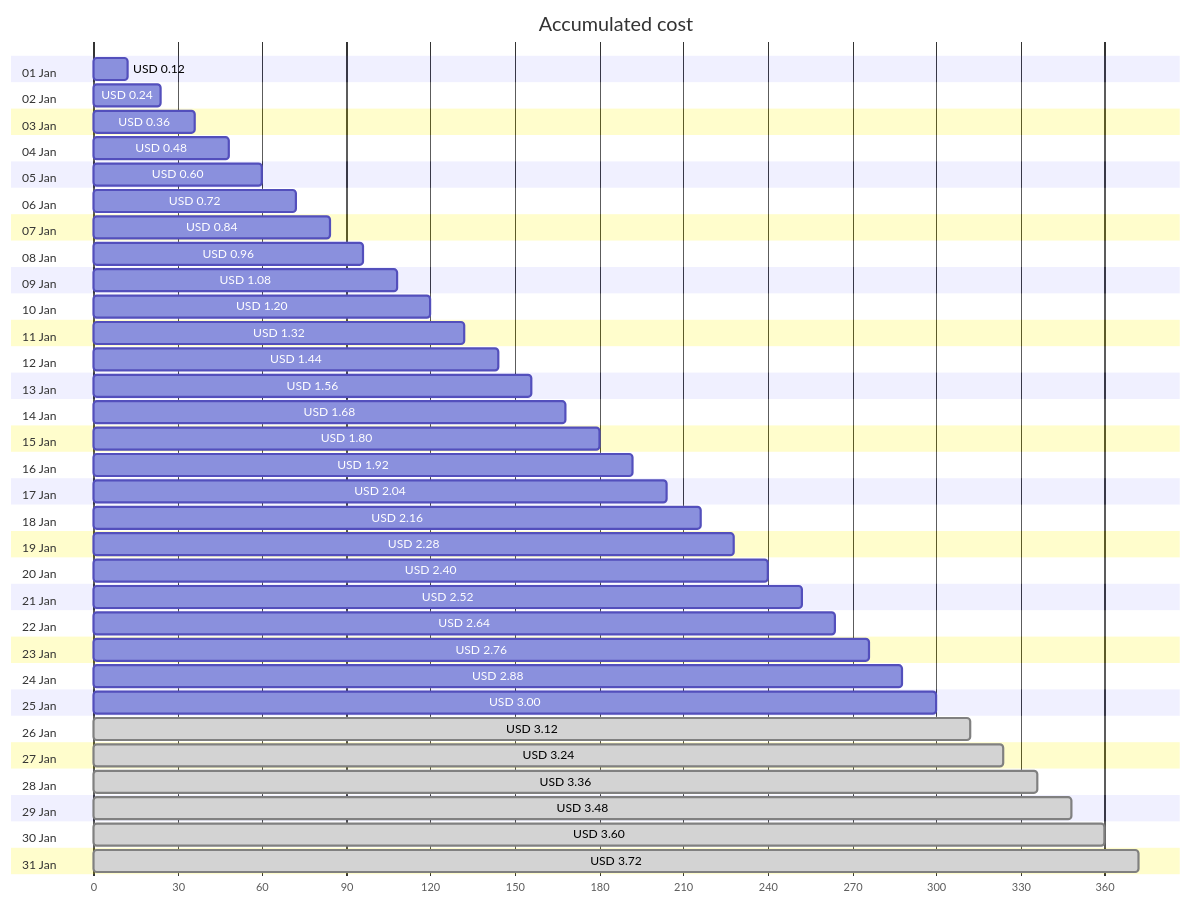
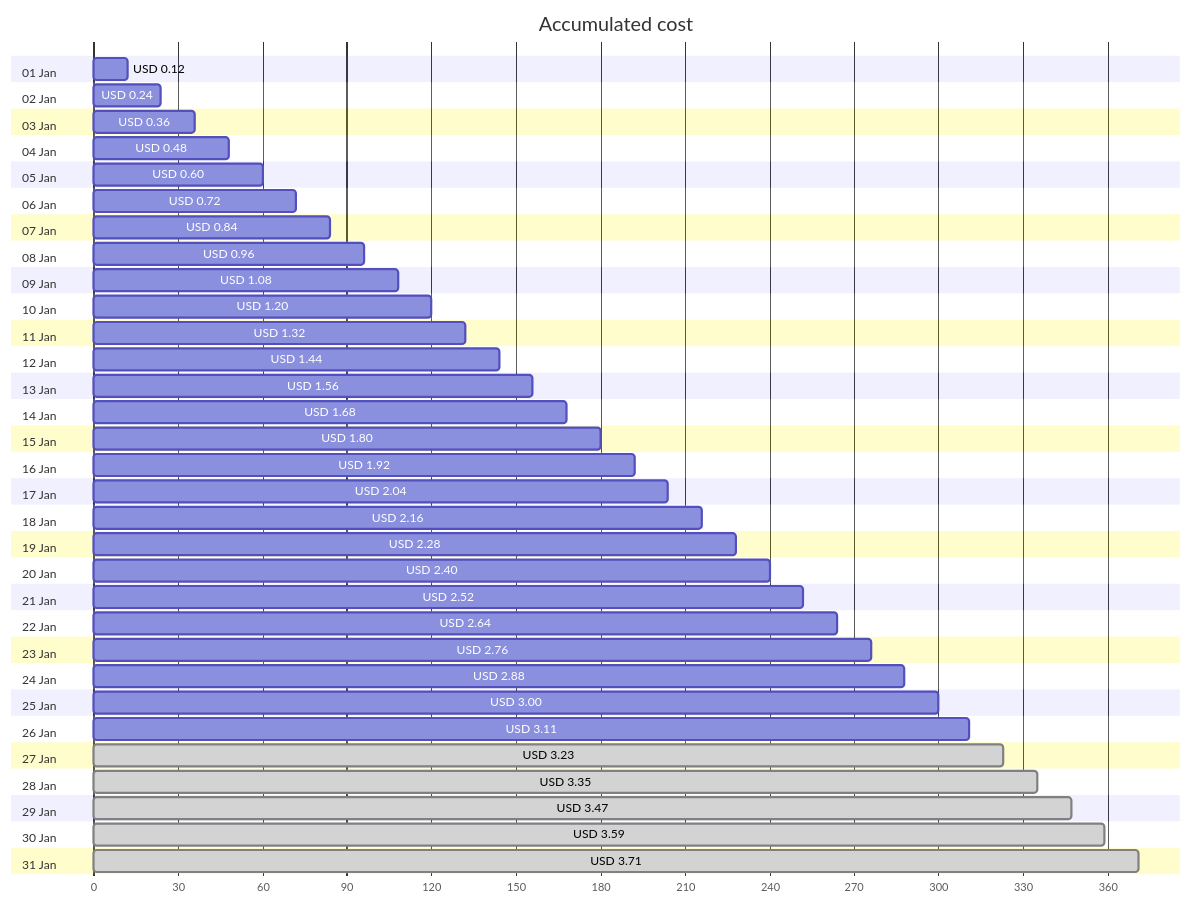
The first of 4 diagrams in cost-reports/personal-network/backup-server-public-ip.md (jpfulton/azure-personal-reports), drawn with Mermaid before and after one commit. The commit also changed other lines of this file and 8 other files, not shown here.

````diff
--- a/cost-reports/personal-network/backup-server-public-ip.md
+++ b/cost-reports/personal-network/backup-server-public-ip.md
@@ -20,68 +20,68 @@
 ```mermaid
 gantt
    title Accumulated cost
    dateFormat  X
    axisFormat %s
    section 01 Jan
    USD 0.12 :0, 12
    section 02 Jan
    USD 0.24 :0, 24
    section 03 Jan
    USD 0.36 :0, 36
    section 04 Jan
    USD 0.48 :0, 48
    section 05 Jan
    USD 0.60 :0, 60
    section 06 Jan
    USD 0.72 :0, 72
    section 07 Jan
    USD 0.84 :0, 84
    section 08 Jan
    USD 0.96 :0, 96
    section 09 Jan
    USD 1.08 :0, 108
    section 10 Jan
    USD 1.20 :0, 120
    section 11 Jan
    USD 1.32 :0, 132
    section 12 Jan
    USD 1.44 :0, 144
    section 13 Jan
    USD 1.56 :0, 156
    section 14 Jan
    USD 1.68 :0, 168
    section 15 Jan
    USD 1.80 :0, 180
    section 16 Jan
    USD 1.92 :0, 192
    section 17 Jan
    USD 2.04 :0, 204
    section 18 Jan
    USD 2.16 :0, 216
    section 19 Jan
    USD 2.28 :0, 228
    section 20 Jan
    USD 2.40 :0, 240
    section 21 Jan
    USD 2.52 :0, 252
    section 22 Jan
    USD 2.64 :0, 264
    section 23 Jan
    USD 2.76 :0, 276
    section 24 Jan
    USD 2.88 :0, 288
    section 25 Jan
    USD 3.00 :0, 300
    section 26 Jan
-   USD 3.12 : done, 0, 312
+   USD 3.11 :0, 311
    section 27 Jan
-   USD 3.24 : done, 0, 324
+   USD 3.23 : done, 0, 323
    section 28 Jan
-   USD 3.36 : done, 0, 336
+   USD 3.35 : done, 0, 335
    section 29 Jan
-   USD 3.48 : done, 0, 348
+   USD 3.47 : done, 0, 347
    section 30 Jan
-   USD 3.60 : done, 0, 360
+   USD 3.59 : done, 0, 359
    section 31 Jan
-   USD 3.72 : done, 0, 372
+   USD 3.71 : done, 0, 371
 ```
````
